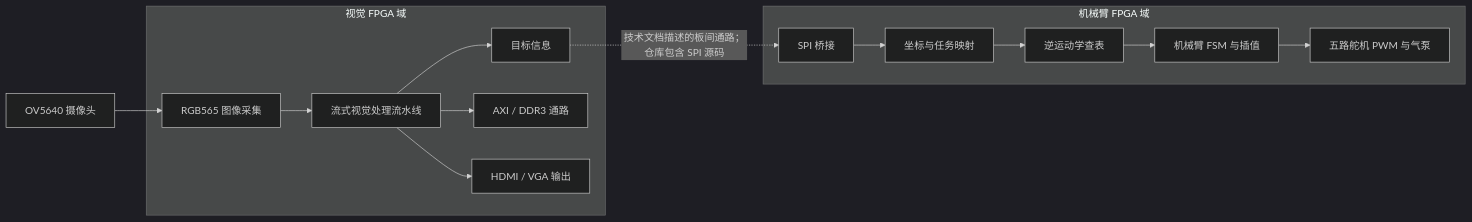
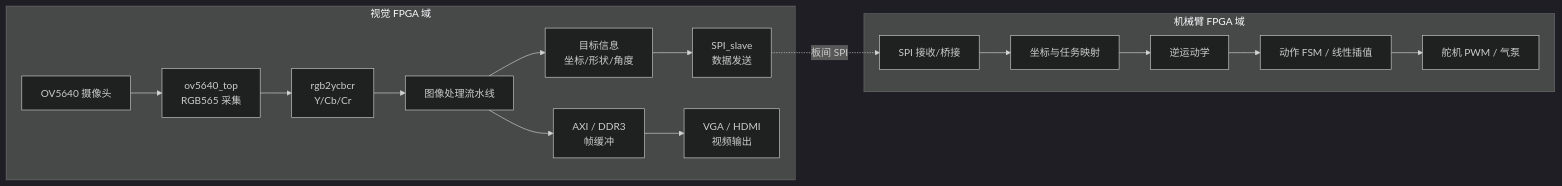
The first of 2 diagrams in README.md (WangBaren02/Image-acquisition-and-recognition-robotic-arm-analysis-and-control-system-based-on-FPGA), drawn with Mermaid (dark theme) before and after one commit. The commit also changed other lines of this file and 69 other files, not shown here.

````diff
--- a/README.md
+++ b/README.md
@@ -27,24 +34,30 @@
 ```mermaid
 flowchart LR
     CAM[OV5640 摄像头]
+
     subgraph VISION[视觉 FPGA 域]
-        CAP[RGB565 图像采集]
-        PIPE[流式视觉处理流水线]
-        OBJ[目标信息]
-        MEM[AXI / DDR3 通路]
-        DISP[HDMI / VGA 输出]
-    end
-    subgraph ARM[机械臂 FPGA 域]
-        SPI[SPI 桥接]
-        MAP[坐标与任务映射]
-        IK[逆运动学查表]
-        FSM[机械臂 FSM 与插值]
-        ACT[五路舵机 PWM 与气泵]
+        ACQ[ov5640_top<br/>RGB565 采集]
+        YCC[rgb2ycbcr<br/>Y/Cb/Cr]
+        VPIPE[图像处理流水线]
+        INFO[目标信息<br/>坐标/形状/角度]
+        SPI_V[SPI_slave<br/>数据发送]
+        DDR[AXI / DDR3<br/>帧缓冲]
+        DISP[VGA / HDMI<br/>视频输出]
+
+        CAM --> ACQ --> YCC --> VPIPE --> INFO
+        VPIPE --> DDR --> DISP
+        INFO --> SPI_V
     end
 
-    CAM --> CAP --> PIPE --> OBJ
-    PIPE --> MEM
-    PIPE --> DISP
-    OBJ -. "技术文档描述的板间通路；仓库包含 SPI 源码" .-> SPI
-    SPI --> MAP --> IK --> FSM --> ACT
+    subgraph ARM[机械臂 FPGA 域]
+        SPI_A[SPI 接收/桥接]
+        MAP[坐标与任务映射]
+        IK[逆运动学]
+        FSM[动作 FSM / 线性插值]
+        PWM[舵机 PWM / 气泵]
+
+        SPI_A --> MAP --> IK --> FSM --> PWM
+    end
+
+    SPI_V -. 板间 SPI .-> SPI_A
 ```
````
